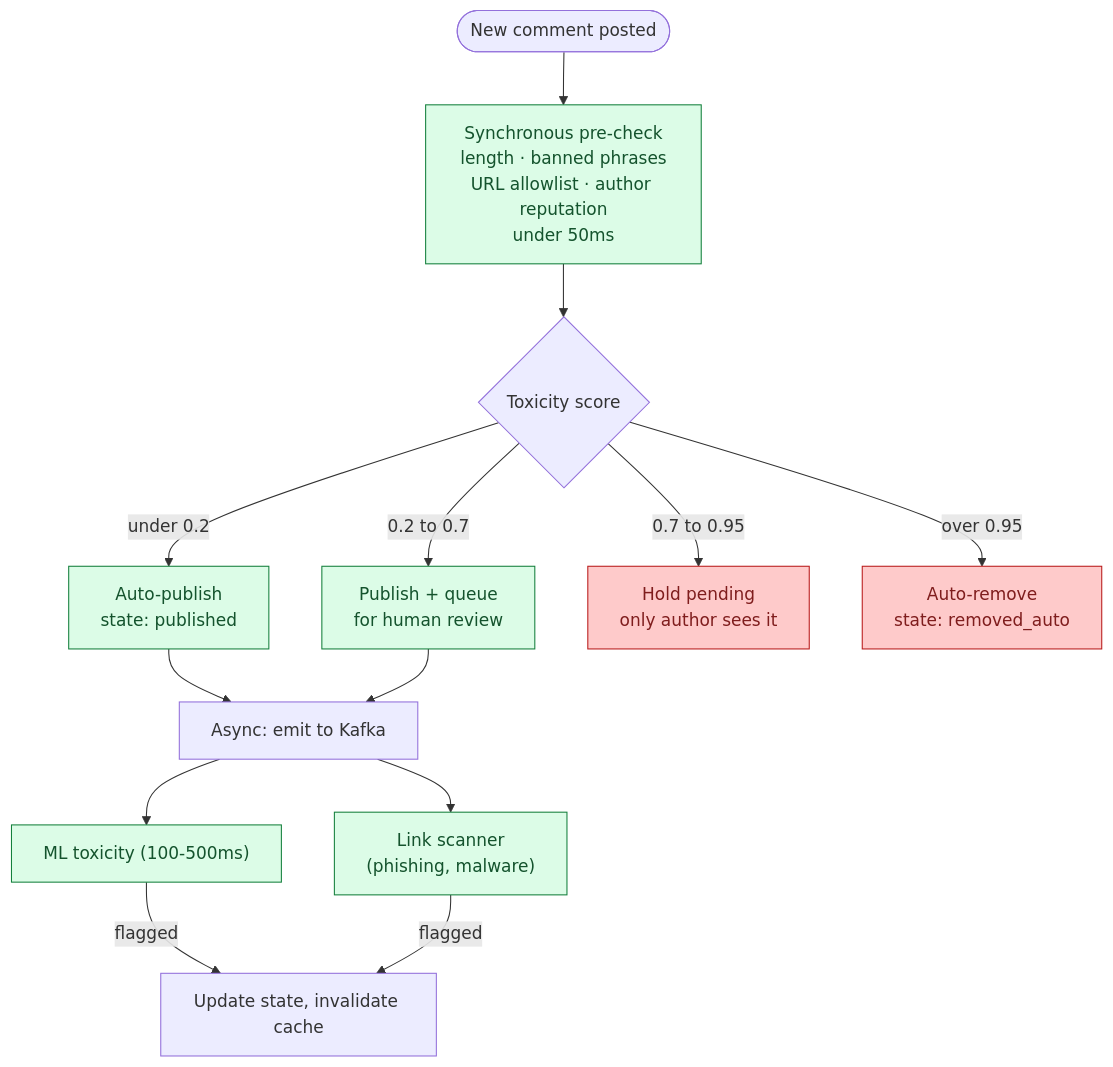
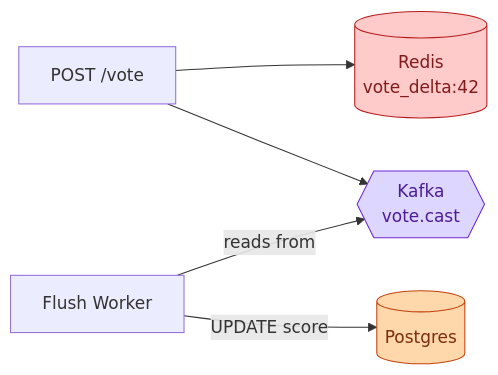
One commit to shiningflash/system-design changed the tenth of 10 diagrams in problems/015-comment-system/question.md. Above: the diagram before and after it, drawn with Mermaid. The commit also changed other lines of this file and 37 other files, not shown here.

````diff
--- a/problems/015-comment-system/question.md
+++ b/problems/015-comment-system/question.md
@@ -524,19 +473,11 @@
 ```mermaid
-flowchart TD
-    Start([New comment posted]) --> Pre["Synchronous pre-check<br/>length · banned phrases<br/>URL allowlist · author reputation<br/>under 50ms"]:::app
-    Pre --> Score{Toxicity score}
-    Score -->|under 0.2| Pub["Auto-publish<br/>state: published"]:::ok
-    Score -->|0.2 to 0.7| PubQ["Publish + queue<br/>for human review"]:::ok
-    Score -->|0.7 to 0.95| Hold["Hold pending<br/>only author sees it"]:::bad
-    Score -->|over 0.95| Reject["Auto-remove<br/>state: removed_auto"]:::bad
-    Pub --> Async["Async: emit to Kafka"]
-    PubQ --> Async
-    Async --> ML["ML toxicity (100-500ms)"]:::app
-    Async --> Link["Link scanner<br/>(phishing, malware)"]:::app
-    ML -->|flagged| Up["Update state, invalidate cache"]
-    Link -->|flagged| Up
+flowchart LR
+    Vote["POST /vote"] --> Redis[("Redis<br/>vote_delta:42")]:::cache
+    Vote --> K{{"Kafka<br/>vote.cast"}}:::queue
+    Worker["Flush Worker"] -->|"reads from"| K
+    Worker -->|"UPDATE score"| DB[("Postgres")]:::db
 
-    classDef app fill:#dcfce7,stroke:#15803d,color:#14532d
-    classDef ok fill:#dcfce7,stroke:#15803d,color:#14532d
-    classDef bad fill:#fecaca,stroke:#b91c1c,color:#7f1d1d
+    classDef cache fill:#fecaca,stroke:#b91c1c,color:#7f1d1d
+    classDef queue fill:#ddd6fe,stroke:#6d28d9,color:#4c1d95
+    classDef db fill:#fed7aa,stroke:#c2410c,color:#7c2d12
 ```
````
